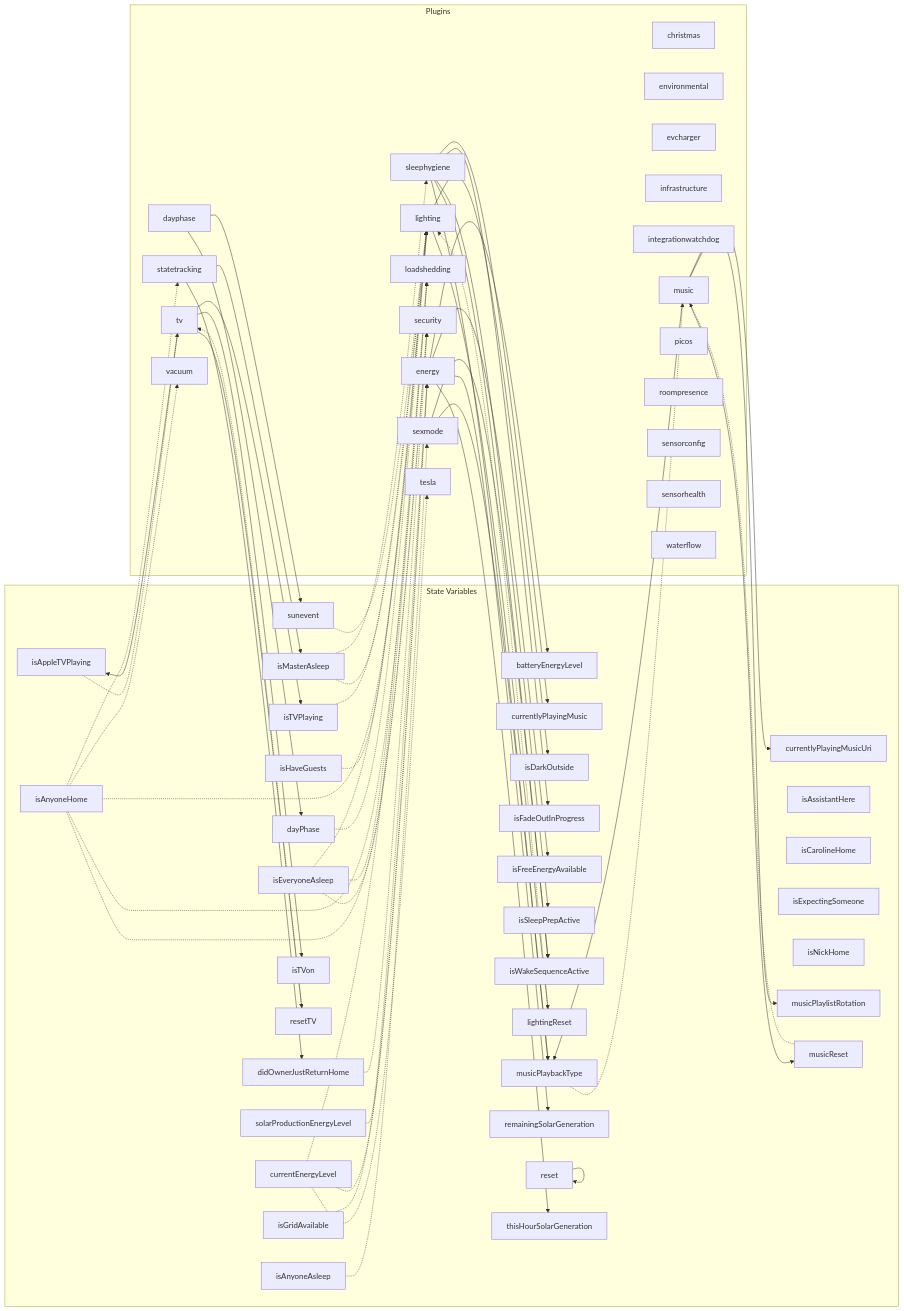
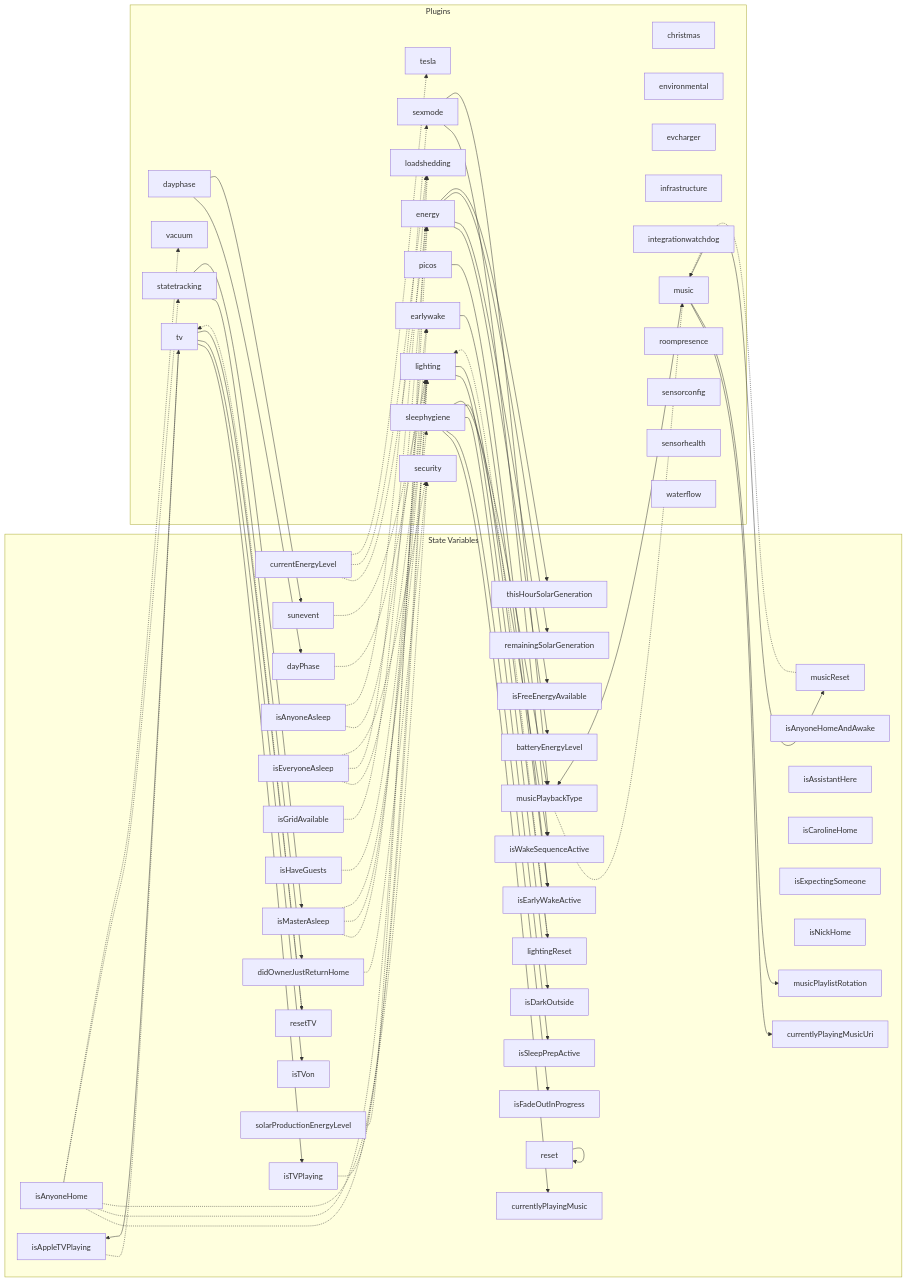
The diagram in docs/generated/plugin-dependencies.md (NickBorgers/home-automation), drawn with Mermaid before and after one commit. The commit also changed 43 other files, not shown here.

First line of the commit message:
Add early wake: common areas wake while a bedroom sleeps

```diff
--- a/docs/generated/plugin-dependencies.md
+++ b/docs/generated/plugin-dependencies.md
@@ -13,10 +13,12 @@
         didOwnerJustReturnHome["didOwnerJustReturnHome"]
         isAnyoneAsleep["isAnyoneAsleep"]
         isAnyoneHome["isAnyoneHome"]
+        isAnyoneHomeAndAwake["isAnyoneHomeAndAwake"]
         isAppleTVPlaying["isAppleTVPlaying"]
         isAssistantHere["isAssistantHere"]
         isCarolineHome["isCarolineHome"]
         isDarkOutside["isDarkOutside"]
+        isEarlyWakeActive["isEarlyWakeActive"]
         isEveryoneAsleep["isEveryoneAsleep"]
         isExpectingSomeone["isExpectingSomeone"]
         isFadeOutInProgress["isFadeOutInProgress"]
@@ -44,6 +46,7 @@
     subgraph Plugins["Plugins"]
         christmas["christmas"]
         dayphase["dayphase"]
+        earlywake["earlywake"]
         energy["energy"]
         environmental["environmental"]
         evcharger["evcharger"]
@@ -68,6 +71,8 @@
     end
 
     %% Subscriptions (plugin listens to variable)
+    isAnyoneAsleep -.-> earlywake
+    isMasterAsleep -.-> earlywake
     currentEnergyLevel -.-> energy
     isGridAvailable -.-> energy
     solarProductionEnergyLevel -.-> energy
@@ -99,6 +104,7 @@
     %% Writes (plugin sets variable)
     dayphase --> dayPhase
     dayphase --> sunevent
+    earlywake --> isEarlyWakeActive
     energy --> batteryEnergyLevel
     energy --> isFreeEnergyAvailable
     energy --> remainingSolarGeneration
@@ -109,6 +115,7 @@
     music --> musicPlaybackType
     music --> musicPlaylistRotation
     music --> musicReset
+    picos --> isEarlyWakeActive
     reset --> reset
     sexmode --> isWakeSequenceActive
     sexmode --> musicPlaybackType
```
